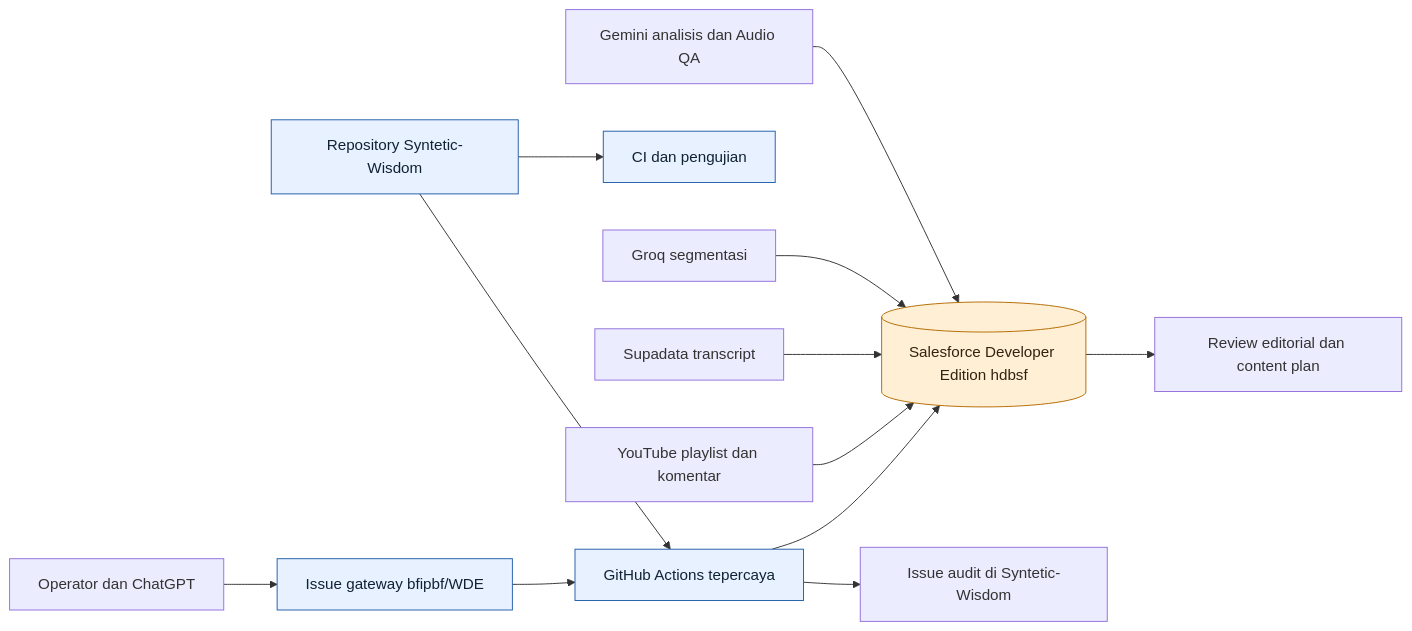
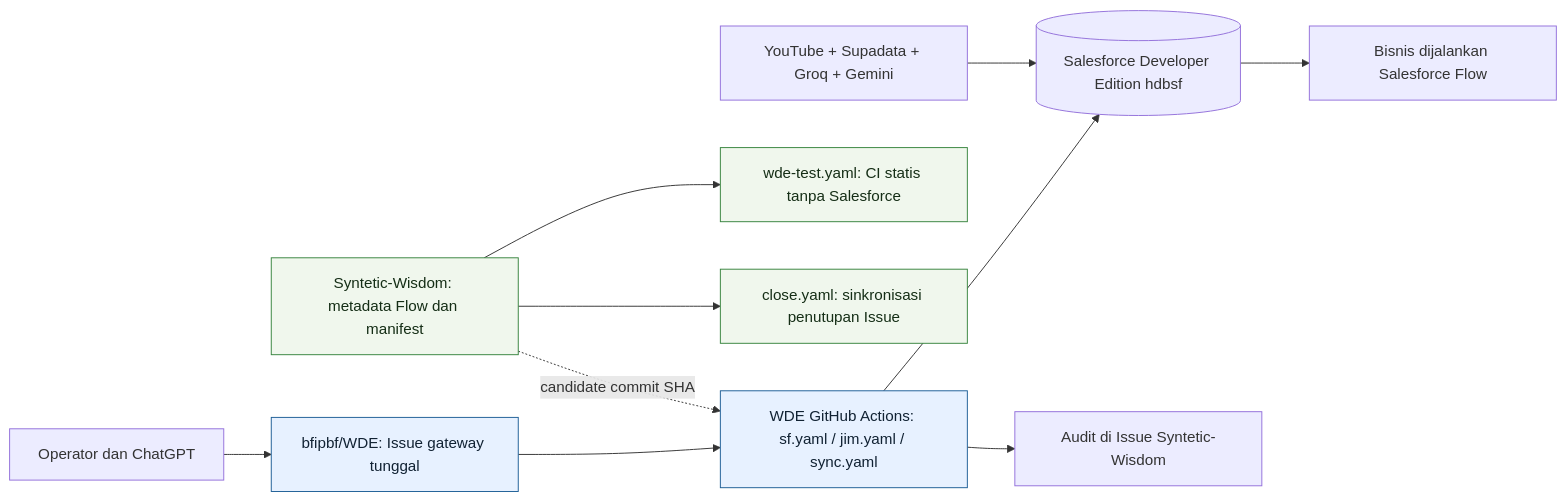
One commit to jimmytobing/Syntetic-Wisdom changed the first of 28 diagrams in SADD-WDE.md. Above: the diagram before and after it, drawn with Mermaid. The commit also changed other lines of this file, not shown here.

Commit message:
docs(wde): align visual SADD with two-workflow cleanup and label all Salesforce flows

````diff
--- a/SADD-WDE.md
+++ b/SADD-WDE.md
@@ -13,18 +13,16 @@
 ```mermaid
 flowchart LR
-  U["Operator dan ChatGPT"] --> G["Issue gateway bfipbf/WDE"]
-  G --> A["GitHub Actions tepercaya"]
-  A --> S[("Salesforce Developer Edition hdbsf")]
-  A --> E["Issue audit di Syntetic-Wisdom"]
-  R["Repository Syntetic-Wisdom"] --> A
-  R --> CI["CI dan pengujian"]
-  Y["YouTube playlist dan komentar"] --> S
-  T["Supadata transcript"] --> S
-  Q["Groq segmentasi"] --> S
-  M["Gemini analisis dan Audio QA"] --> S
-  S --> H["Review editorial dan content plan"]
-  classDef source fill:#e7f1ff,stroke:#225ea8,color:#123;
-  classDef core fill:#fff0d5,stroke:#b46a00,color:#321;
-  class G,A,R,CI source;
-  class S core;
+  USER["Operator dan ChatGPT"] --> GW["bfipbf/WDE: Issue gateway tunggal"]
+  GW --> WDEACT["WDE GitHub Actions: sf.yaml / jim.yaml / sync.yaml"]
+  WDEACT --> ORG[("Salesforce Developer Edition hdbsf")]
+  WDEACT --> AUDIT["Audit di Issue Syntetic-Wisdom"]
+  SRC["Syntetic-Wisdom: metadata Flow dan manifest"] -. "candidate commit SHA" .-> WDEACT
+  SRC --> TEST["wde-test.yaml: CI statis tanpa Salesforce"]
+  SRC --> CLOSE["close.yaml: sinkronisasi penutupan Issue"]
+  Y["YouTube + Supadata + Groq + Gemini"] --> ORG
+  ORG --> FLOW["Bisnis dijalankan Salesforce Flow"]
+  classDef gateway fill:#e7f1ff,stroke:#1d5e96,color:#123;
+  classDef source fill:#f0f7ed,stroke:#37843e,color:#152e16;
+  class GW,WDEACT gateway;
+  class SRC,TEST,CLOSE source;
 ```
````
